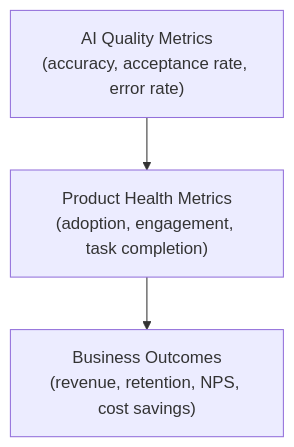
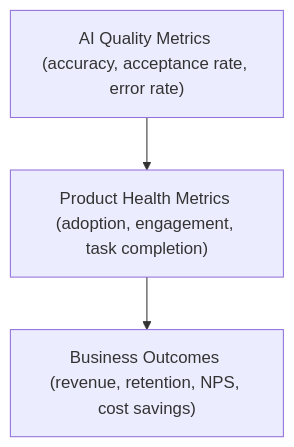
The first of 2 diagrams in module-19-measuring-ai-product-success.md (mjac-yue/ai-architecture-for-pms), drawn with Mermaid before and after one commit. The commit also changed other lines of this file and 15 other files, not shown here.

First line of the commit message:
Remove HTML tags from Mermaid node labels for Obsidian compatibility

````diff
--- a/module-19-measuring-ai-product-success.md
+++ b/module-19-measuring-ai-product-success.md
@@ -15,8 +15,8 @@
 ```mermaid
 graph TD
-    B["Business Outcomes<br>(revenue, retention, NPS, cost savings)"]
-    P["Product Health Metrics<br>(adoption, engagement, task completion)"]
-    Q["AI Quality Metrics<br>(accuracy, acceptance rate, error rate)"]
+    B["Business Outcomes (revenue, retention, NPS, cost savings)"]
+    P["Product Health Metrics (adoption, engagement, task completion)"]
+    Q["AI Quality Metrics (accuracy, acceptance rate, error rate)"]
 
     Q --> P --> B
 ```
````
